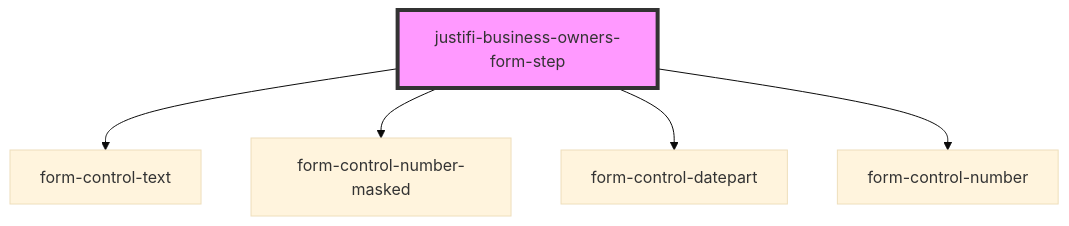
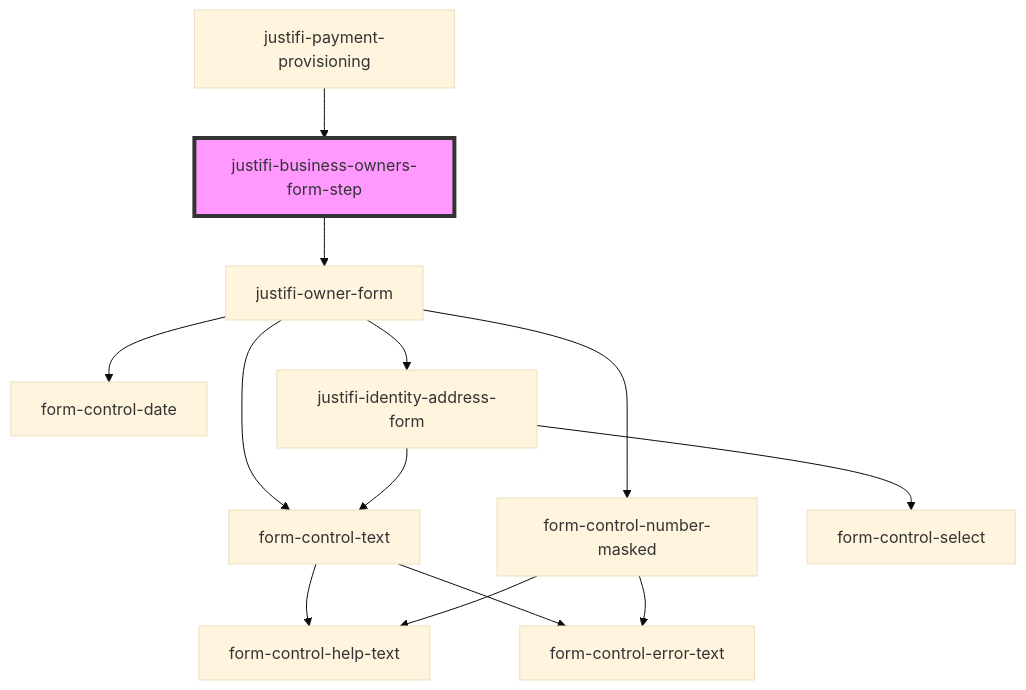
The diagram in packages/webcomponents/src/components/business-forms/payment-provisioning/business-owners/readme.md (justifi-tech/web-component-library), drawn with Mermaid (base theme) before and after one commit. The commit also changed other lines of this file and 32 other files, not shown here.

````diff
--- a/packages/webcomponents/src/components/business-forms/payment-provisioning/business-owners/readme.md
+++ b/packages/webcomponents/src/components/business-forms/payment-provisioning/business-owners/readme.md
@@ -25,8 +57,16 @@
 ```mermaid
 graph TD;
-  justifi-business-owners-form-step --> form-control-text
-  justifi-business-owners-form-step --> form-control-number-masked
-  justifi-business-owners-form-step --> form-control-datepart
-  justifi-business-owners-form-step --> form-control-number
+  justifi-business-owners-form-step --> justifi-owner-form
+  justifi-owner-form --> form-control-text
+  justifi-owner-form --> form-control-number-masked
+  justifi-owner-form --> form-control-date
+  justifi-owner-form --> justifi-identity-address-form
+  form-control-text --> form-control-help-text
+  form-control-text --> form-control-error-text
+  form-control-number-masked --> form-control-help-text
+  form-control-number-masked --> form-control-error-text
+  justifi-identity-address-form --> form-control-text
+  justifi-identity-address-form --> form-control-select
+  justifi-payment-provisioning --> justifi-business-owners-form-step
   style justifi-business-owners-form-step fill:#f9f,stroke:#333,stroke-width:4px
 ```
````
